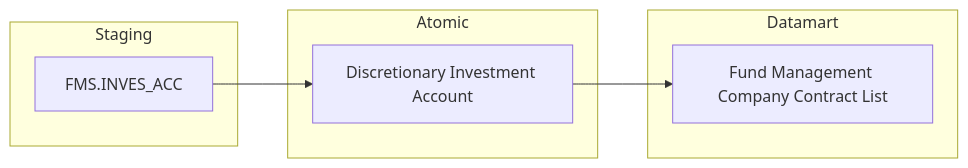
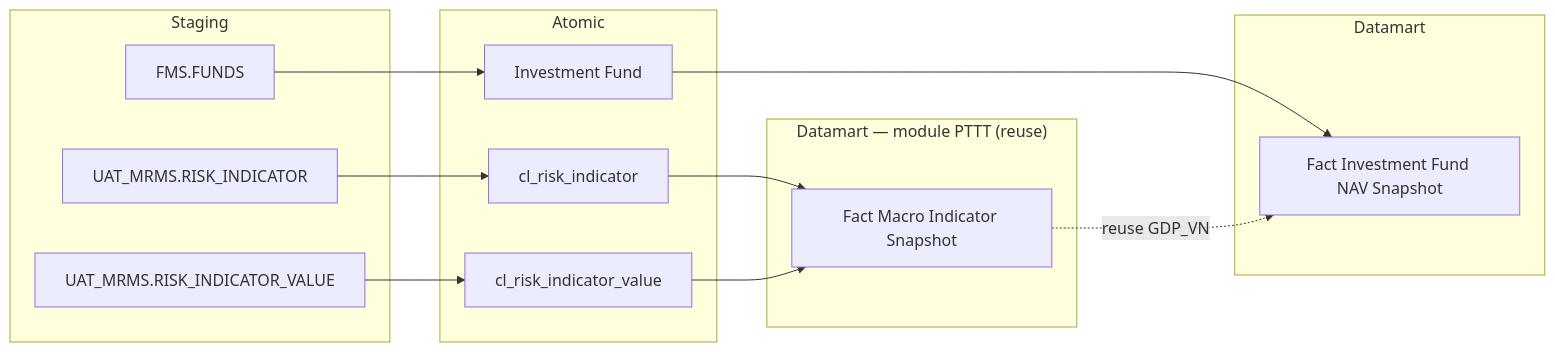
One commit to linhlvit/ubck_atomic_design changed the fourth of 41 diagrams in Datamart/hld/DTM_QLQ_HLD.md. Above: the diagram before and after it, drawn with Mermaid. The commit also changed other lines of this file and 28 other files, not shown here.

Commit message:
feat(qlq): add LLD detail mapping, 23 entity table schemas, update HLD, sync datamart model and attributes

````diff
--- a/Datamart/hld/DTM_QLQ_HLD.md
+++ b/Datamart/hld/DTM_QLQ_HLD.md
@@ -71,18 +120,31 @@
 ```mermaid
 flowchart LR
     subgraph SRC["Staging"]
-        FMS_INVESACC["FMS.INVES_ACC"]
+        FMS_FUNDS["FMS.FUNDS"]
+        UAT_MRMS_RISKIND["UAT_MRMS.RISK_INDICATOR"]
+        UAT_MRMS_RISKINDVAL["UAT_MRMS.RISK_INDICATOR_VALUE"]
     end
 
     subgraph SIL["Atomic"]
-        Discretionary_Investment_Account["Discretionary Investment Account"]
+        Investment_Fund["Investment Fund"]
+        cl_risk_indicator["cl_risk_indicator"]
+        cl_risk_indicator_value["cl_risk_indicator_value"]
+    end
+
+    subgraph GOLD_PTTT["Datamart — module PTTT (reuse)"]
+        fct_macro_indicator_snpst["Fact Macro Indicator Snapshot"]
     end
 
     subgraph GOLD["Datamart"]
-        fnd_mgt_co_ctr_lst["Fund Management Company Contract List"]
+        fct_investment_fund_nav_snpst["Fact Investment Fund NAV Snapshot"]
     end
 
-    FMS_INVESACC --> Discretionary_Investment_Account
+    FMS_FUNDS --> Investment_Fund
+    UAT_MRMS_RISKIND --> cl_risk_indicator
+    UAT_MRMS_RISKINDVAL --> cl_risk_indicator_value
 
-    Discretionary_Investment_Account --> fnd_mgt_co_ctr_lst
+    Investment_Fund --> fct_investment_fund_nav_snpst
+    cl_risk_indicator --> fct_macro_indicator_snpst
+    cl_risk_indicator_value --> fct_macro_indicator_snpst
+    fct_macro_indicator_snpst -.->|"reuse GDP_VN"| fct_investment_fund_nav_snpst
 ```
````
